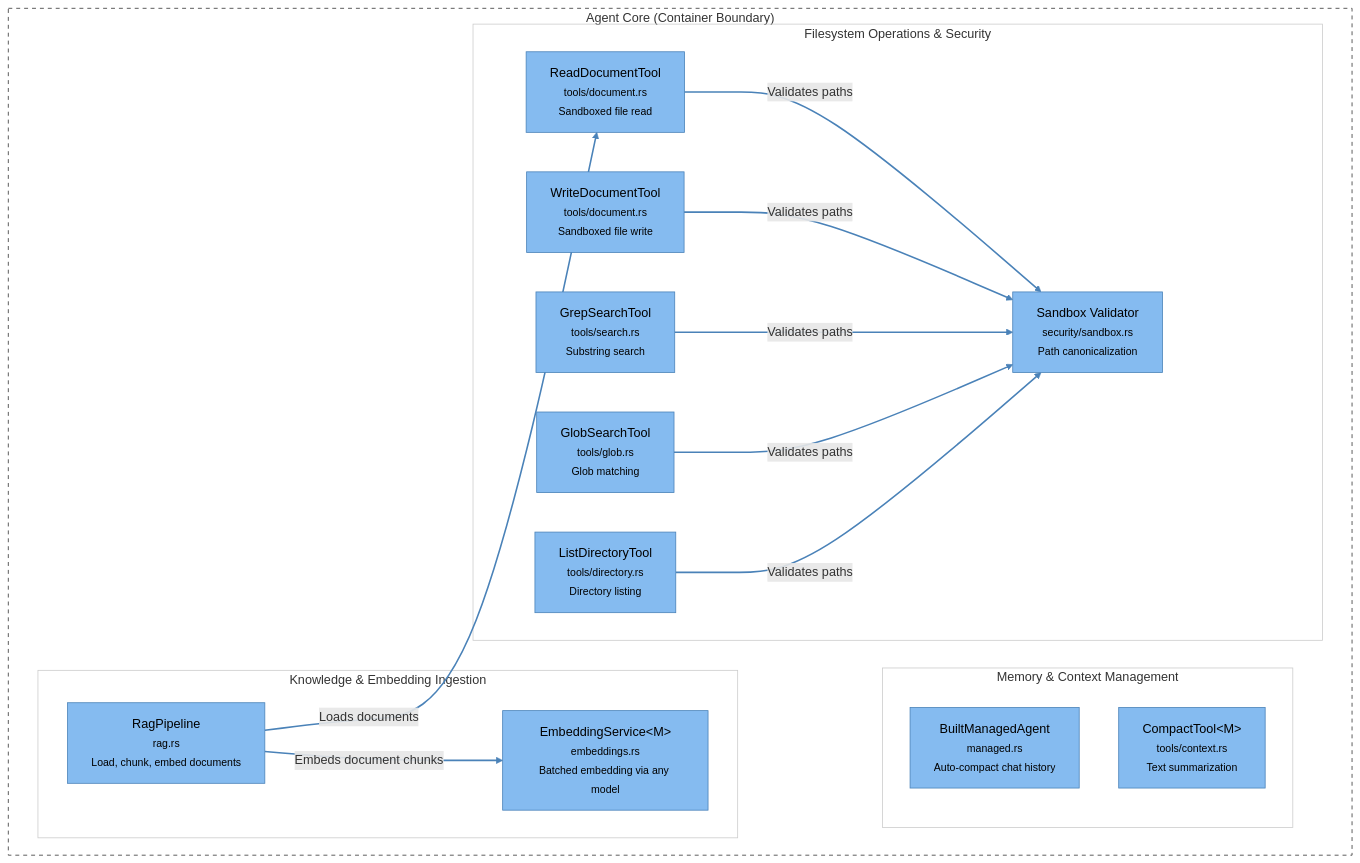
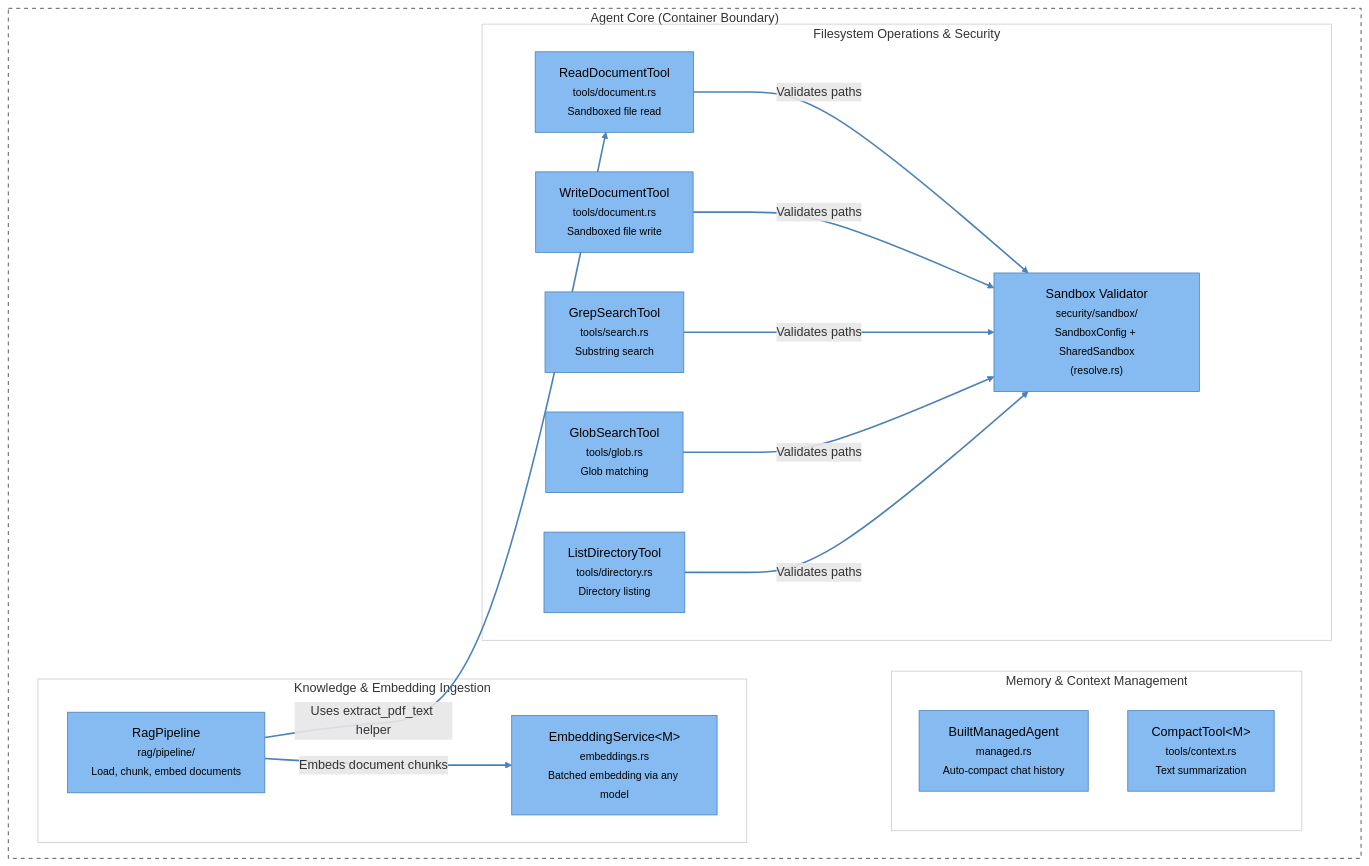
The third of 3 diagrams in docs/diagrams/c4-architecture.md (skaarfundgandr/agent_rs), drawn with Mermaid before and after one commit. The commit also changed 4 other files, not shown here.

Commit message:
docs(diagrams): align diagrams with current architecture

````diff
--- a/docs/diagrams/c4-architecture.md
+++ b/docs/diagrams/c4-architecture.md
@@ -72,40 +72,40 @@
 ```mermaid
 flowchart TB
     subgraph AgentCore ["Agent Core (Container Boundary)"]
         subgraph Ingestion ["Knowledge & Embedding Ingestion"]
-            rag["RagPipeline<br/><small>rag.rs</small><br/><small>Load, chunk, embed documents</small>"]:::component
+            rag["RagPipeline<br/><small>rag/pipeline/</small><br/><small>Load, chunk, embed documents</small>"]:::component
             embed["EmbeddingService&lt;M&gt;<br/><small>embeddings.rs</small><br/><small>Batched embedding via any model</small>"]:::component
         end
 
         subgraph Memory ["Memory & Context Management"]
             ctx["BuiltManagedAgent<br/><small>managed.rs</small><br/><small>Auto-compact chat history</small>"]:::component
             compact["CompactTool&lt;M&gt;<br/><small>tools/context.rs</small><br/><small>Text summarization</small>"]:::component
         end
 
         subgraph Security ["Filesystem Operations & Security"]
             read["ReadDocumentTool<br/><small>tools/document.rs</small><br/><small>Sandboxed file read</small>"]:::component
             write["WriteDocumentTool<br/><small>tools/document.rs</small><br/><small>Sandboxed file write</small>"]:::component
             grep["GrepSearchTool<br/><small>tools/search.rs</small><br/><small>Substring search</small>"]:::component
             glob["GlobSearchTool<br/><small>tools/glob.rs</small><br/><small>Glob matching</small>"]:::component
             list["ListDirectoryTool<br/><small>tools/directory.rs</small><br/><small>Directory listing</small>"]:::component
             
-            sandbox["Sandbox Validator<br/><small>security/sandbox.rs</small><br/><small>Path canonicalization</small>"]:::component
+            sandbox["Sandbox Validator<br/><small>security/sandbox/</small><br/><small>SandboxConfig + SharedSandbox<br/>(resolve.rs)</small>"]:::component
         end
     end
 
     rag -->|Embeds document chunks| embed
-    rag -->|Loads documents| read
+    rag -->|Uses extract_pdf_text helper| read
     
     read -->|Validates paths| sandbox
     write -->|Validates paths| sandbox
     grep -->|Validates paths| sandbox
     glob -->|Validates paths| sandbox
     list -->|Validates paths| sandbox
 
     classDef component fill:#85bbf0,stroke:#4a82b8,color:#000000
     style AgentCore fill:none,stroke:#333333,stroke-dasharray: 5 5
     style Ingestion fill:none,stroke:#cccccc
     style Memory fill:none,stroke:#cccccc
     style Security fill:none,stroke:#cccccc
     linkStyle default stroke:#4a82b8,stroke-width:2px;
 ```
````
